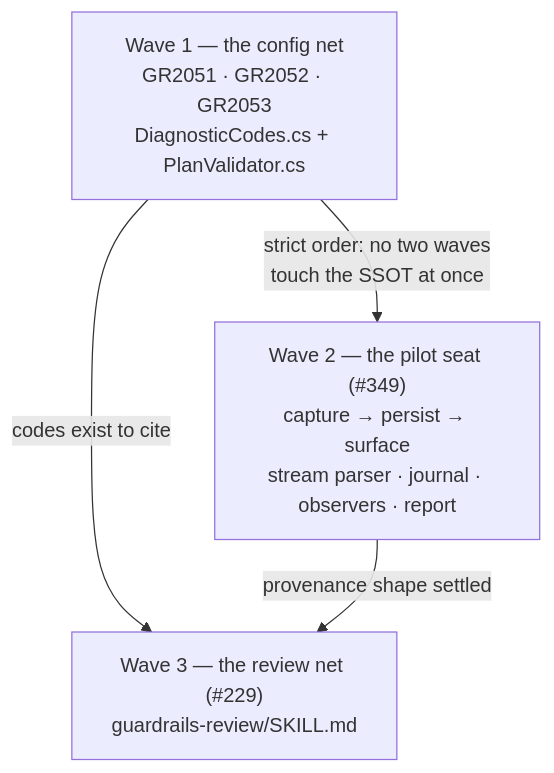
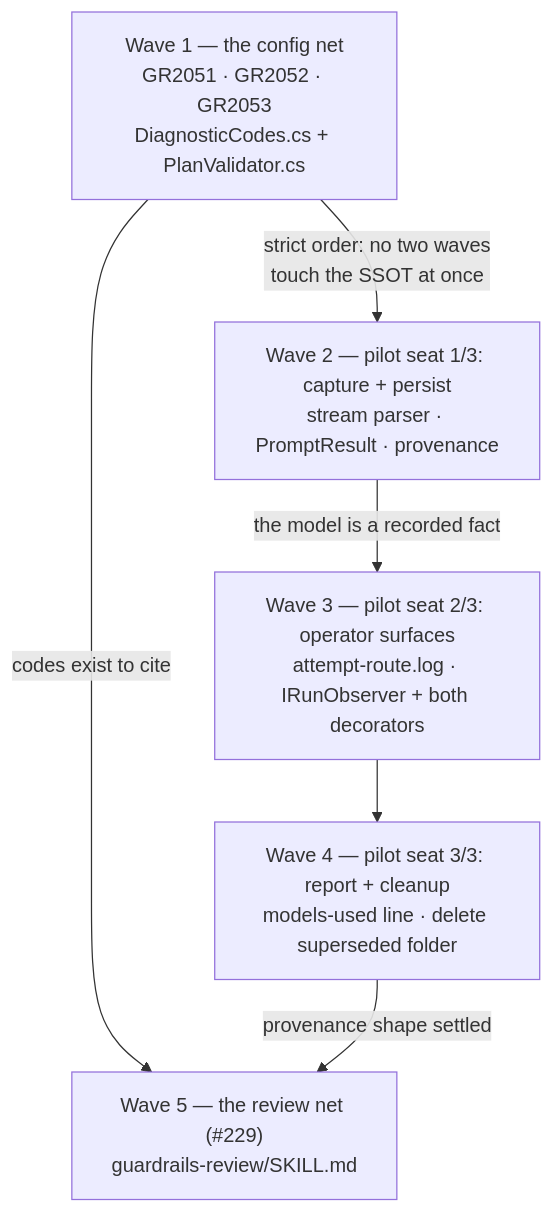
The diagram in docs/plans/model-tiering-stage-3.charter.md (Servant-Software-LLC/Guardrails), drawn with Mermaid before and after one commit. The commit also changed other lines of this file and 18 other files, not shown here.

First line of the commit message:
plan: split Stage 3's pilot-seat wave into three, sized to the budget that actually binds

````diff
--- a/docs/plans/model-tiering-stage-3.charter.md
+++ b/docs/plans/model-tiering-stage-3.charter.md
@@ -168,9 +168,13 @@
 ```mermaid
 graph TD
   W1["Wave 1 — the config net<br/>GR2051 · GR2052 · GR2053<br/>DiagnosticCodes.cs + PlanValidator.cs"]
-  W2["Wave 2 — the pilot seat (#349)<br/>capture → persist → surface<br/>stream parser · journal · observers · report"]
-  W3["Wave 3 — the review net (#229)<br/>guardrails-review/SKILL.md"]
-  W1 -->|"codes exist to cite"| W3
-  W2 -->|"provenance shape settled"| W3
+  W2["Wave 2 — pilot seat 1/3: capture + persist<br/>stream parser · PromptResult · provenance"]
+  W3["Wave 3 — pilot seat 2/3: operator surfaces<br/>attempt-route.log · IRunObserver + both decorators"]
+  W4["Wave 4 — pilot seat 3/3: report + cleanup<br/>models-used line · delete superseded folder"]
+  W5["Wave 5 — the review net (#229)<br/>guardrails-review/SKILL.md"]
+  W1 -->|"codes exist to cite"| W5
   W1 -->|"strict order: no two waves<br/>touch the SSOT at once"| W2
+  W2 -->|"the model is a recorded fact"| W3
+  W3 --> W4
+  W4 -->|"provenance shape settled"| W5
 ```
````
